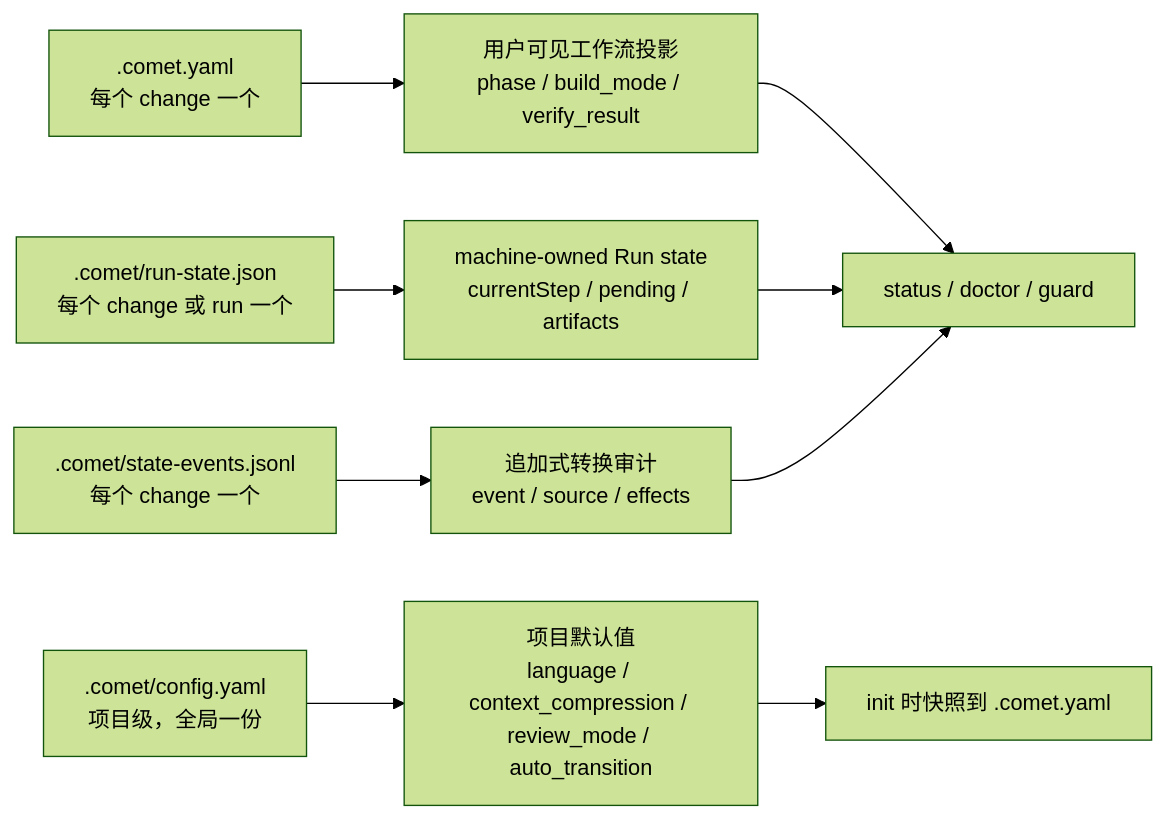
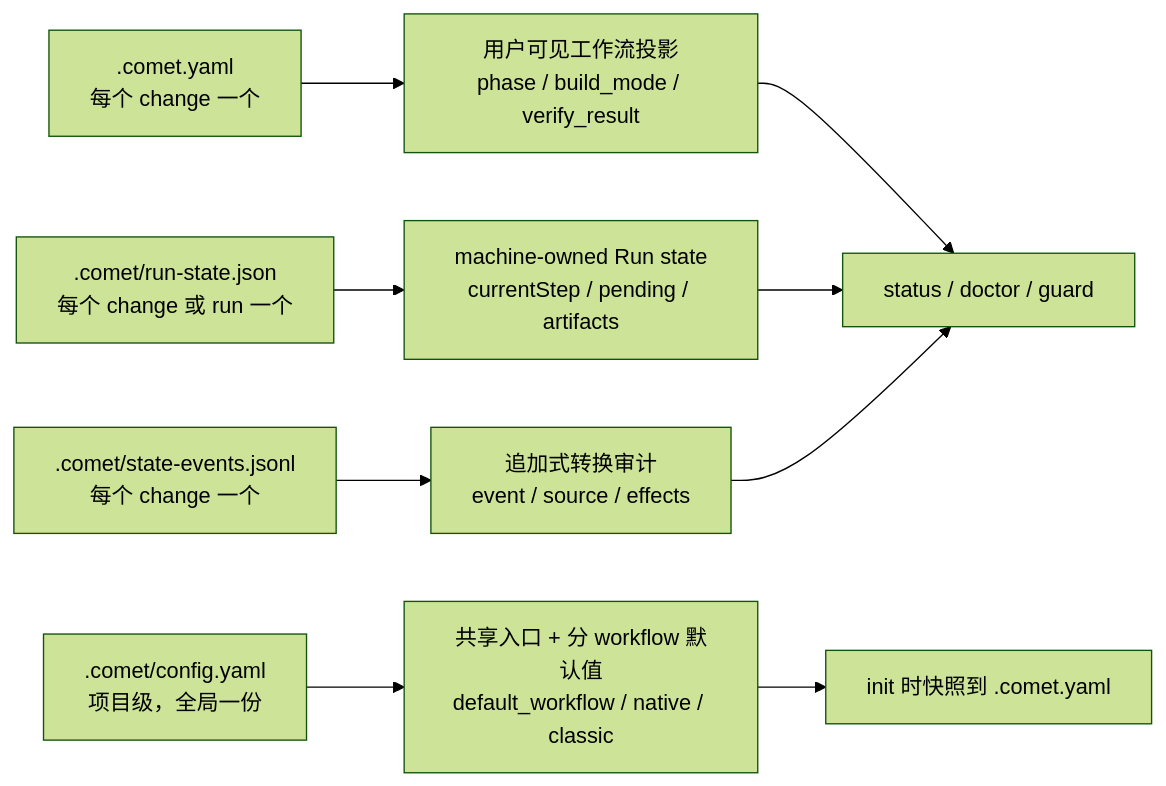
Before and after one commit to rpamis/comet-website-docs: the diagram in zh/concepts/state-management.mdx, drawn with Mermaid (forest theme). The commit also changed other lines of this file and 114 other files, not shown here.

First line of the commit message:
feat: native workflow docs (#1)

````diff
--- a/zh/concepts/state-management.mdx
+++ b/zh/concepts/state-management.mdx
@@ -41,11 +46,11 @@
 ```mermaid
 flowchart LR
   A[".comet.yaml<br/>每个 change 一个"] --> B["用户可见工作流投影<br/>phase / build_mode / verify_result"]
   C[".comet/run-state.json<br/>每个 change 或 run 一个"] --> D["machine-owned Run state<br/>currentStep / pending / artifacts"]
   E[".comet/state-events.jsonl<br/>每个 change 一个"] --> F["追加式转换审计<br/>event / source / effects"]
-  H[".comet/config.yaml<br/>项目级，全局一份"] --> I["项目默认值<br/>language / context_compression / review_mode / auto_transition"]
+  H[".comet/config.yaml<br/>项目级，全局一份"] --> I["共享入口 + 分 workflow 默认值<br/>default_workflow / native / classic"]
   B --> G["status / doctor / guard"]
   D --> G
   F --> G
   I --> J["init 时快照到 .comet.yaml"]
 ```
````
